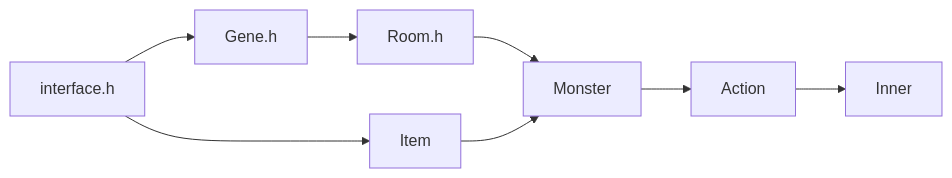
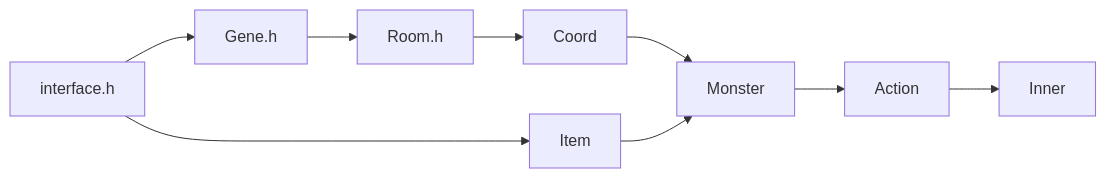
The first of 2 diagrams in src/maze_inner/README.md (ShilianShen/Jasmin), drawn with Mermaid before and after one commit. The commit also changed 18 other files, not shown here.

````diff
--- a/src/maze_inner/README.md
+++ b/src/maze_inner/README.md
@@ -2,5 +2,5 @@
 ```mermaid
 flowchart LR
-    interface.h --> Gene.h --> Room.h --> Monster
+    interface.h --> Gene.h --> Room.h --> Coord --> Monster
     interface.h --> Item --> Monster --> Action --> Inner
 ```
````
